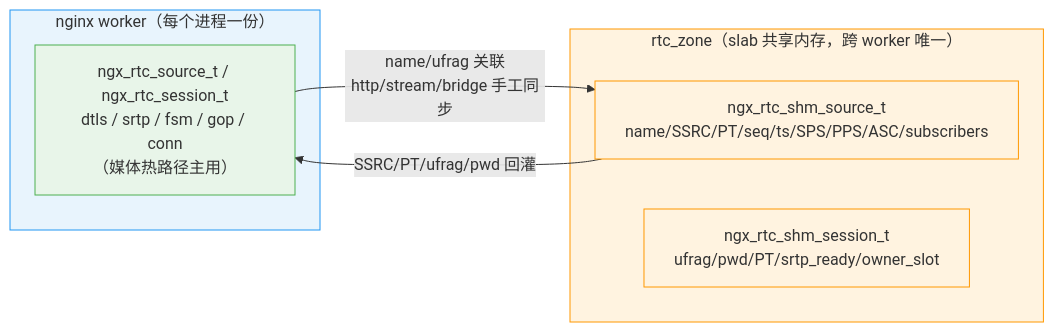
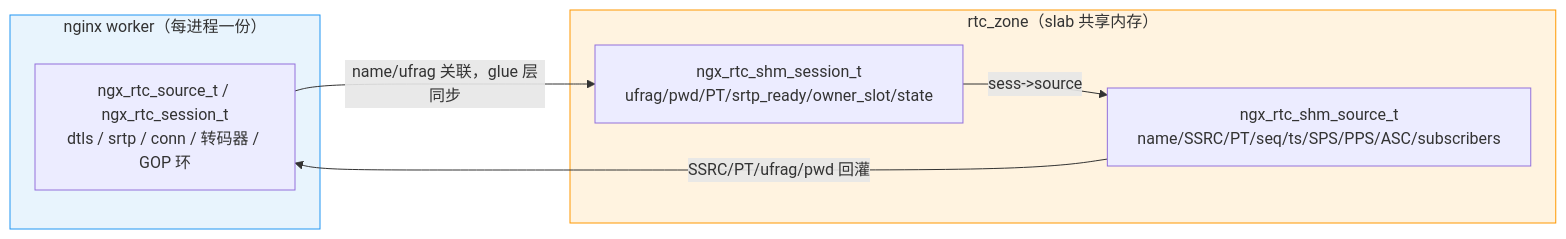
The diagram in docs/multi-worker-shm-design.md (DeguiLiu/nginx-rtc-example), drawn with Mermaid before and after one commit. The commit also changed other lines of this file and 27 other files, not shown here.

````diff
--- a/docs/multi-worker-shm-design.md
+++ b/docs/multi-worker-shm-design.md
@@ -129,18 +36,15 @@
 ```mermaid
 flowchart LR
-    subgraph W["nginx worker（每个进程一份）"]
-        CORE["ngx_rtc_source_t / ngx_rtc_session_t<br/>dtls / srtp / fsm / gop / conn<br/>（媒体热路径主用）"]
+    subgraph W["nginx worker（每进程一份）"]
+        CORE["ngx_rtc_source_t / ngx_rtc_session_t<br/>dtls / srtp / conn / 转码器 / GOP 环"]
     end
-    subgraph SHM["rtc_zone（slab 共享内存，跨 worker 唯一）"]
+    subgraph SHM["rtc_zone（slab 共享内存）"]
         SHMS["ngx_rtc_shm_source_t<br/>name/SSRC/PT/seq/ts/SPS/PPS/ASC/subscribers"]
-        SHMSESS["ngx_rtc_shm_session_t<br/>ufrag/pwd/PT/srtp_ready/owner_slot"]
+        SHMSESS["ngx_rtc_shm_session_t<br/>ufrag/pwd/PT/srtp_ready/owner_slot/state"]
     end
-    CORE -->|"name/ufrag 关联<br/>http/stream/bridge 手工同步"| SHMS
+    CORE -->|"name/ufrag 关联，glue 层同步"| SHMSESS
+    SHMSESS -->|"sess->source"| SHMS
     SHMS -->|"SSRC/PT/ufrag/pwd 回灌"| CORE
-
     style W fill:#e8f4fd,stroke:#2196f3
-    style CORE fill:#e8f5e9,stroke:#4caf50
     style SHM fill:#fff3e0,stroke:#ff9800
-    style SHMS fill:#fff3e0,stroke:#ff9800
-    style SHMSESS fill:#fff3e0,stroke:#ff9800
 ```
````
